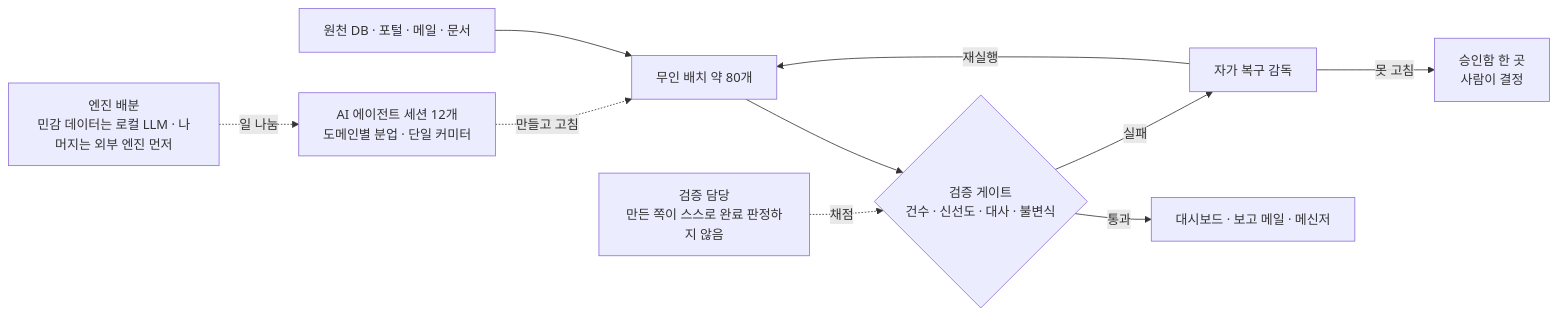
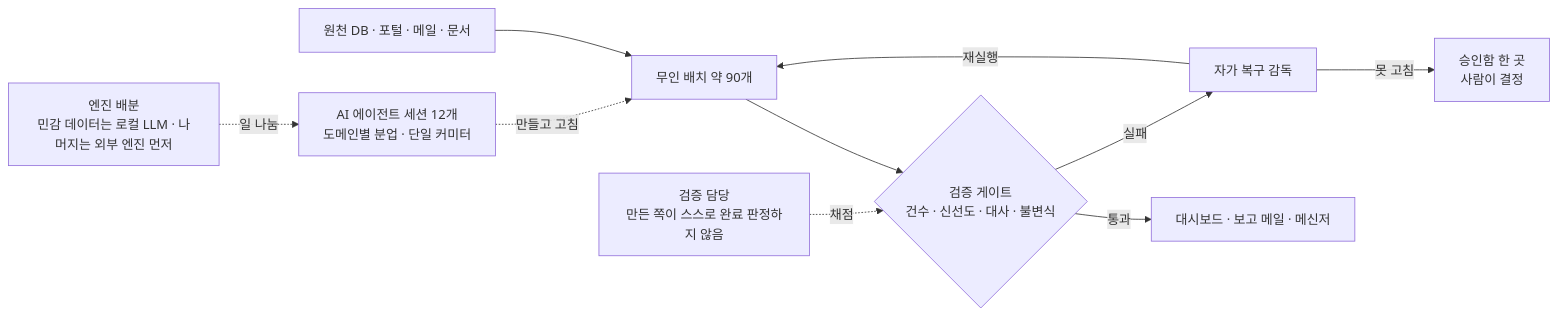
One commit to cloudavenue0012-creator/cloudavenue0012-creator changed the diagram in README.md. Above: the diagram before and after it, drawn with Mermaid. The commit also changed other lines of this file, not shown here.

````diff
--- a/README.md
+++ b/README.md
@@ -19,12 +19,12 @@
 ```mermaid
 flowchart LR
-  S[원천 DB · 포털 · 메일 · 문서] --> B[무인 배치 약 80개]
+  S[원천 DB · 포털 · 메일 · 문서] --> B[무인 배치 약 90개]
   B --> G{검증 게이트<br/>건수 · 신선도 · 대사 · 불변식}
   G -- 통과 --> R[대시보드 · 보고 메일 · 메신저]
   G -- 실패 --> H[자가 복구 감독]
   H -- 재실행 --> B
   H -- 못 고침 --> P[승인함 한 곳<br/>사람이 결정]
   A[AI 에이전트 세션 12개<br/>도메인별 분업 · 단일 커미터] -. 만들고 고침 .-> B
   M[엔진 배분<br/>민감 데이터는 로컬 LLM · 나머지는 외부 엔진 먼저] -. 일 나눔 .-> A
   V[검증 담당<br/>만든 쪽이 스스로 완료 판정하지 않음] -. 채점 .-> G
 ```
````
